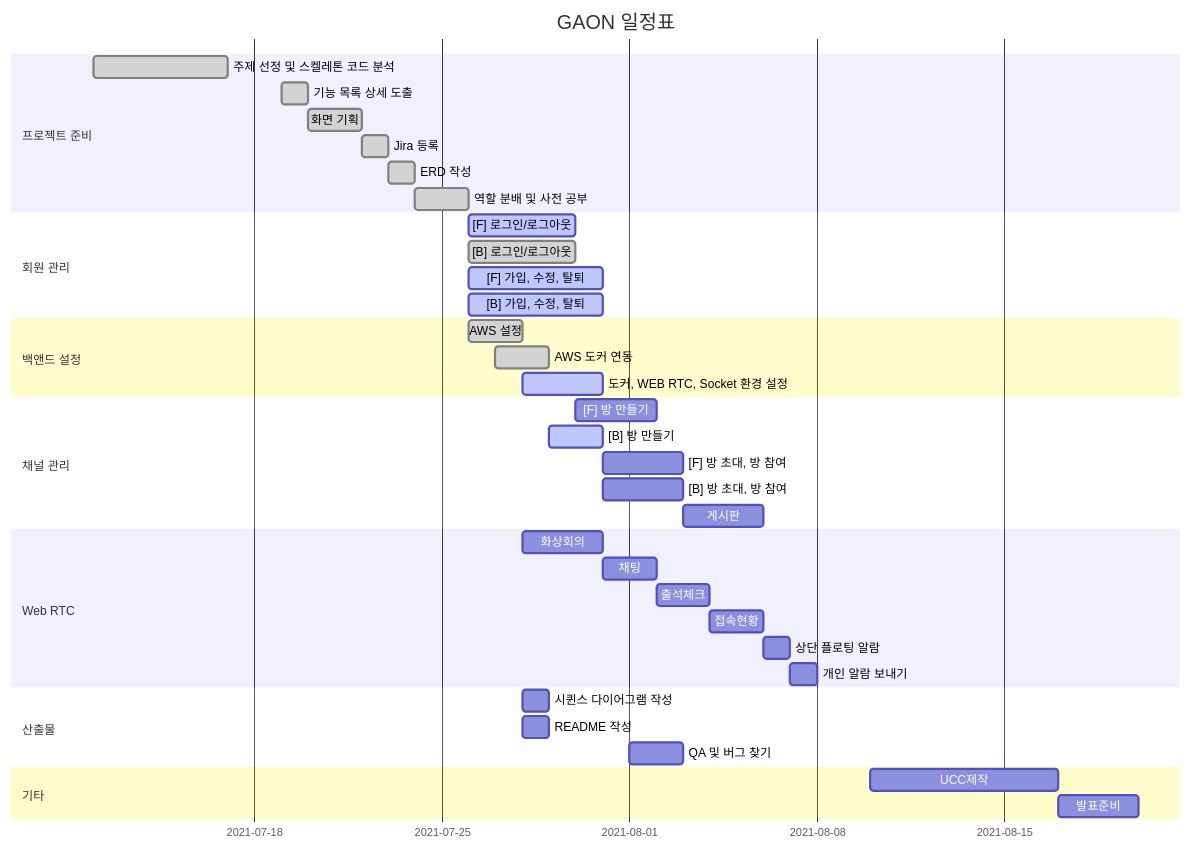
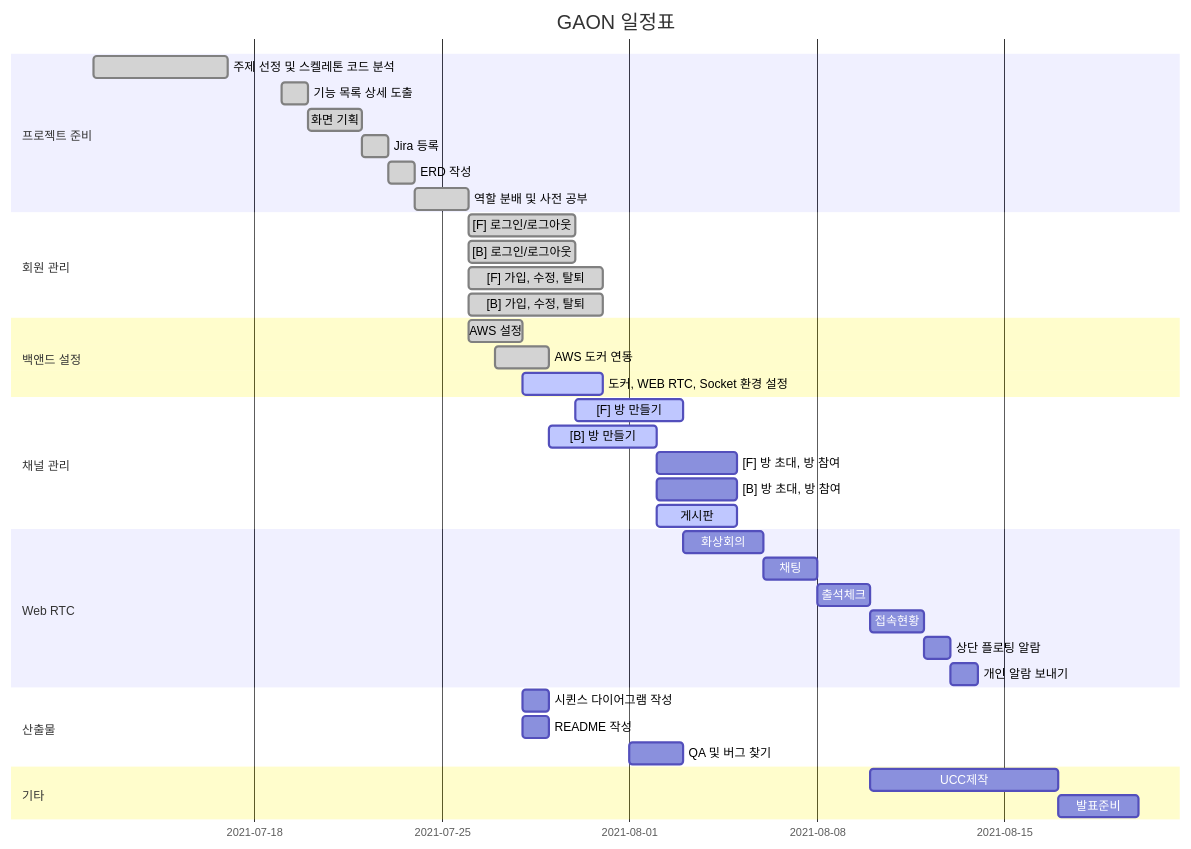
One commit to WangHoJin/GAON changed the diagram in README.md. Above: the diagram before and after it, drawn with Mermaid.

````diff
--- a/README.md
+++ b/README.md
@@ -5,52 +5,52 @@
 ```mermaid
 gantt
     dateFormat  MM-DD
     title       GAON 일정표
     %% excludes    weekends
     %% (`excludes` accepts specific dates in YYYY-MM-DD format, days of the week ("sunday") or "weekends", but not the word "weekdays".)
 
     section 프로젝트 준비
     주제 선정 및 스켈레톤 코드 분석	:done, 07-12, 5d
     기능 목록 상세 도출		   :done, 07-19, 1d
     화면 기획				  :done,07-20, 2d
    	Jira 등록		: done, 07-22, 1d
     ERD 작성		: done, 07-23, 1d
     역할 분배 및 사전 공부		: done, 07-24, 2d
    
     
 	  section 회원 관리
-    [F] 로그인/로그아웃		: active, 07-26, 4d
+    [F] 로그인/로그아웃		: done, 07-26, 4d
     [B] 로그인/로그아웃		: done, 07-26, 4d
-    [F] 가입, 수정, 탈퇴		 : active, 07-26, 5d
-    [B] 가입, 수정, 탈퇴		 : active, 07-26, 5d
+    [F] 가입, 수정, 탈퇴		 : done, 07-26, 5d
+    [B] 가입, 수정, 탈퇴		 : done, 07-26, 5d
      
    section 백앤드 설정
     AWS 설정		:done, 07-26, 2d
     AWS 도커 연동 : done, 07-27, 2d
     도커, WEB RTC, Socket 환경 설정		 : active, 07-28, 3d
 
     section 채널 관리
-    [F] 방 만들기 	: ch1, 07-30, 3d
-    [B] 방 만들기 	: active, ch1, 07-29, 2d
+    [F] 방 만들기 	: active, ch1, 07-30, 4d
+    [B] 방 만들기 	: active, ch1, 07-29, 4d
     [F] 방 초대, 방 참여   :  ch2, after ch1, 3d
     [B] 방 초대, 방 참여   :  ch2, after ch1, 3d
    
-    게시판 :after ch2, 3d
+    게시판 : active, 08-02, 3d
     
     section Web RTC
-    화상회의 : rtc1, 07-28, 3d
+    화상회의 : rtc1, 08-03, 3d
     채팅     :rtc2, after rtc1, 2d
     출석체크   : rtc3, after rtc2, 2d
     접속현황  : rtc4, after rtc3, 2d
     상단 플로팅 알람 : rtc5, after rtc4, 1d
     개인 알람 보내기 : after rtc5, 1d
     
     section 산출물
     시퀸스 다이어그램 작성   :07-28, 1d
     README 작성  			:07-28, 1d
     QA 및 버그 찾기  	  :08-01, 2d
     
     section 기타
     UCC제작 :08-10, 7d
     발표준비 :08-17, 3d
 ```
````
